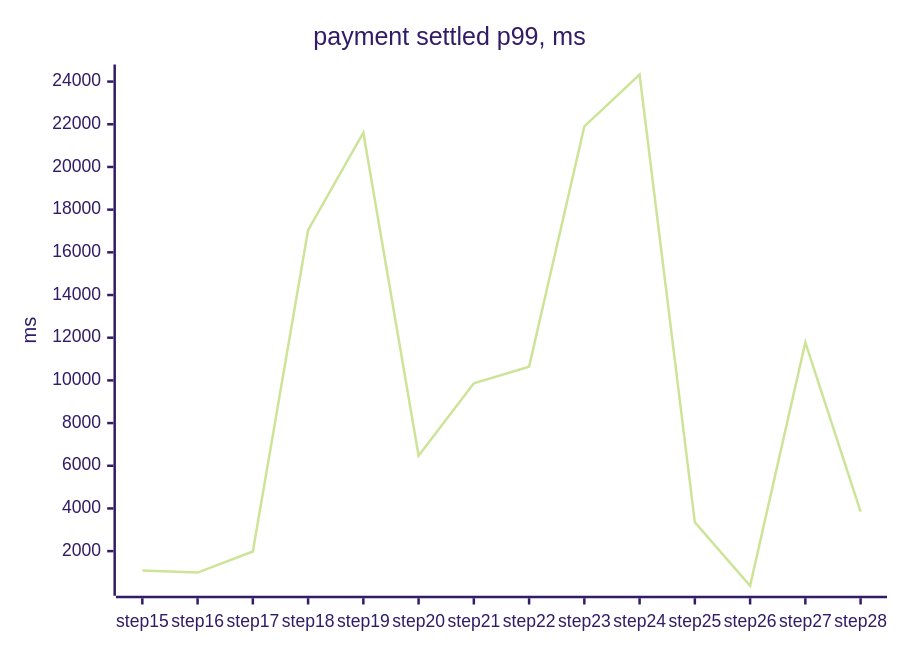
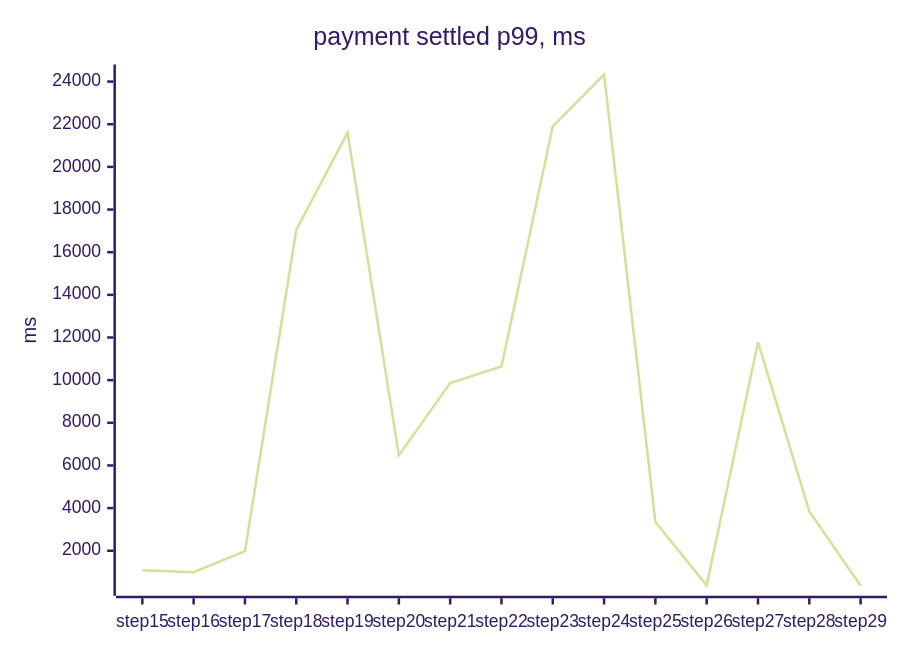
One commit to tanvoid0/ledgerflow changed the fourth of 4 diagrams in docs/perf/README.md. Above: the diagram before and after it, drawn with Mermaid (forest theme). The commit also changed other lines of this file and 13 other files, not shown here.

````diff
--- a/docs/perf/README.md
+++ b/docs/perf/README.md
@@ -121,7 +124,7 @@
 ```mermaid
 xychart-beta
     title "payment settled p99, ms"
-    x-axis ["step15", "step16", "step17", "step18", "step19", "step20", "step21", "step22", "step23", "step24", "step25", "step26", "step27", "step28"]
+    x-axis ["step15", "step16", "step17", "step18", "step19", "step20", "step21", "step22", "step23", "step24", "step25", "step26", "step27", "step28", "step29"]
     y-axis "ms"
-    line [1088, 996, 1982, 17042, 21606, 6472, 9862, 10643, 21902, 24332, 3351, 378, 11782, 3852]
+    line [1088, 996, 1982, 17042, 21606, 6472, 9862, 10643, 21902, 24332, 3351, 378, 11782, 3852, 360]
 ```
````
